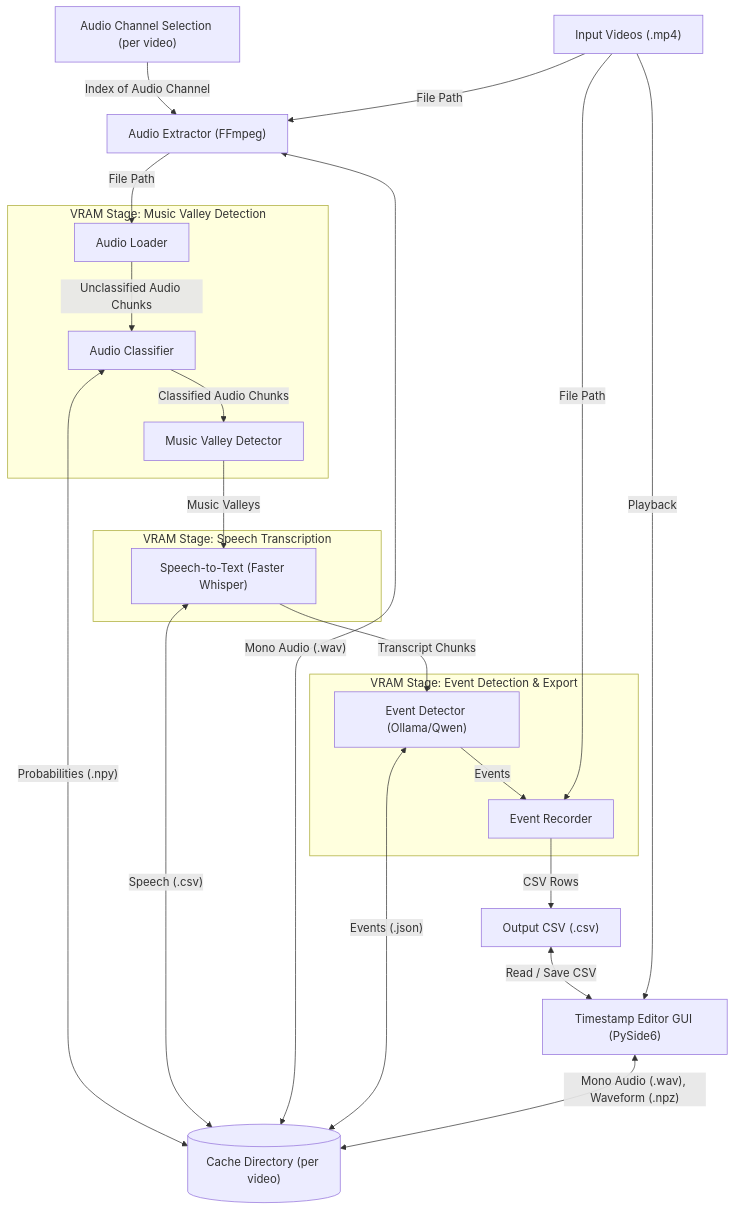
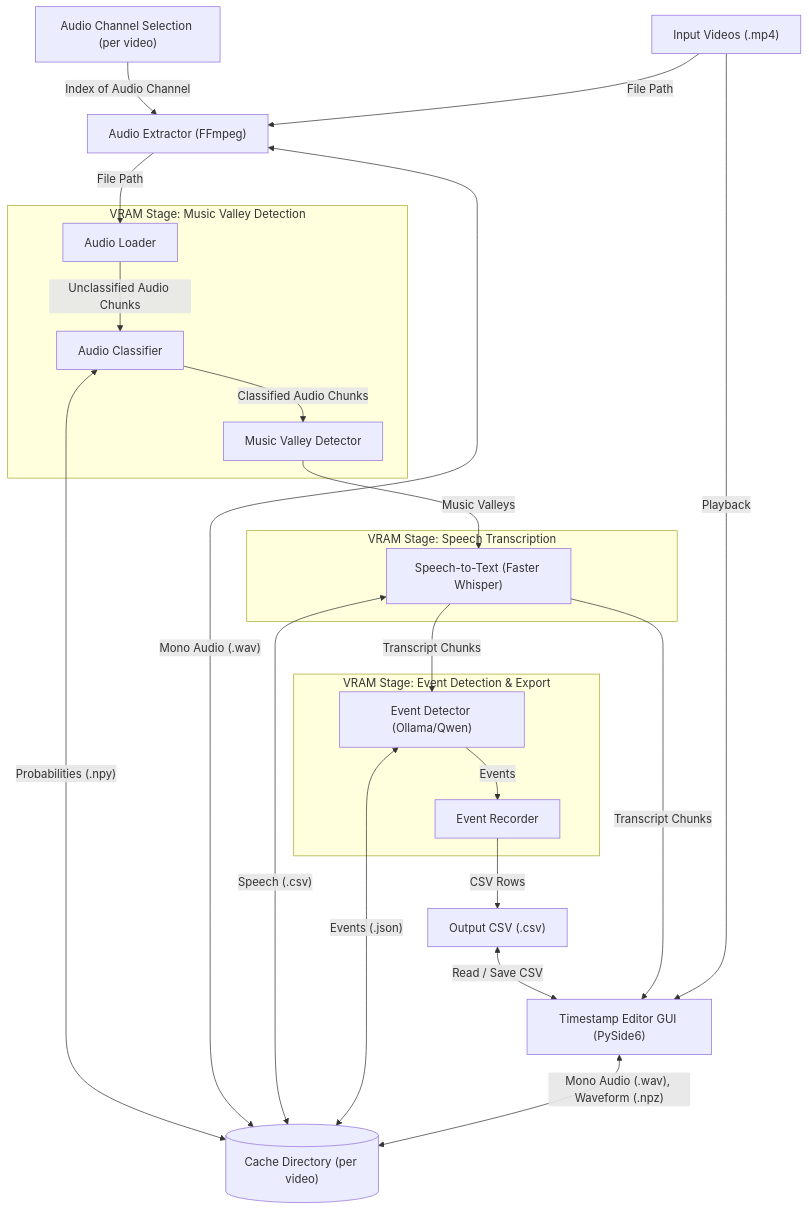
The diagram in README.md (BadgerBallroom/ballroom_scribe), drawn with Mermaid before and after one commit. The commit also changed other lines of this file and 29 other files, not shown here.

Commit message:
Show transcribed speech on the audio waveform

````diff
--- a/README.md
+++ b/README.md
@@ -16,44 +16,44 @@
 ```mermaid
 flowchart TD
     InputVideo["Input Videos (.mp4)"]
     AudioChannel["Audio Channel Selection (per video)"]
 
     ExtractAudio["Audio Extractor (FFmpeg)"]
 
     subgraph Stage1["VRAM Stage: Music Valley Detection"]
         AudioLoader["Audio Loader"]
         AudioClassifier["Audio Classifier"]
         MusicValleyDetector["Music Valley Detector"]
     end
 
     subgraph Stage2["VRAM Stage: Speech Transcription"]
         SpeechTranscriber["Speech-to-Text (Faster Whisper)"]
     end
 
     subgraph Stage3["VRAM Stage: Event Detection & Export"]
         EventDetector["Event Detector (Ollama/Qwen)"]
         EventRecorder["Event Recorder"]
     end
 
     TimestampEditor["Timestamp Editor GUI (PySide6)"]
 
     AudioChannel -->|"Index of Audio Channel"| ExtractAudio
     InputVideo -->|"File Path"| ExtractAudio
     ExtractAudio -->|"File Path"| AudioLoader
     AudioLoader -->|"Unclassified Audio Chunks"| AudioClassifier
     AudioClassifier -->|"Classified Audio Chunks"| MusicValleyDetector
     MusicValleyDetector -->|"Music Valleys"| SpeechTranscriber
     SpeechTranscriber -->|"Transcript Chunks"| EventDetector
     EventDetector -->|"Events"| EventRecorder
-    InputVideo -->|"File Path"| EventRecorder
     EventRecorder -->|"CSV Rows"| OutputCSV["Output CSV (.csv)"]
     OutputCSV <-->|"Read / Save CSV"| TimestampEditor
+    SpeechTranscriber -->|"Transcript Chunks"| TimestampEditor
     InputVideo -->|"Playback"| TimestampEditor
 
     CacheDir[("Cache Directory (per video)")]
     AudioClassifier <-->|"Probabilities (.npy)"| CacheDir
+    ExtractAudio <-->|"Mono Audio (.wav)"| CacheDir
     SpeechTranscriber <-->|"Speech (.csv)"| CacheDir
-    ExtractAudio <-->|"Mono Audio (.wav)"| CacheDir
     EventDetector <-->|"Events (.json)"| CacheDir
     TimestampEditor <-->|"Mono Audio (.wav), Waveform (.npz)"| CacheDir
 ```
````
